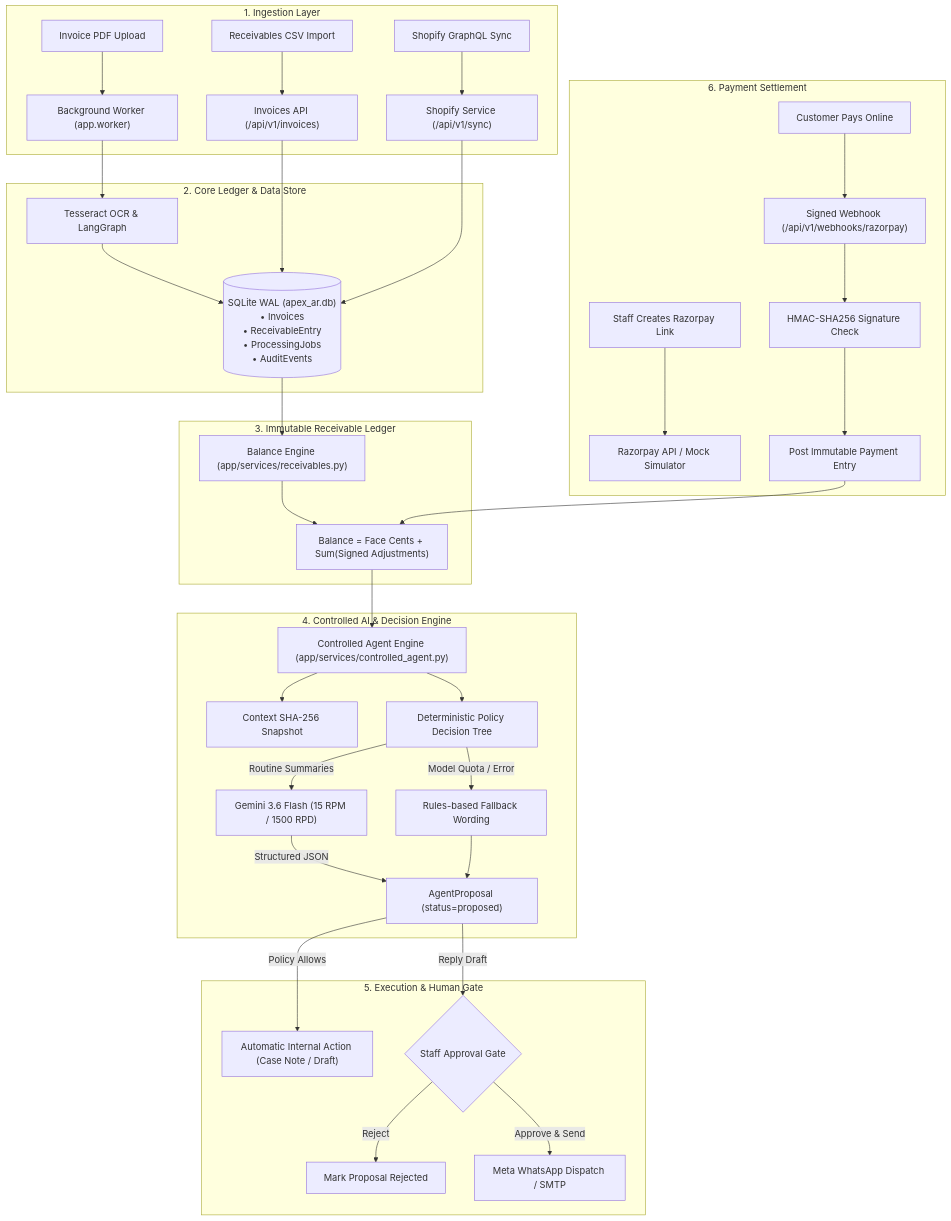
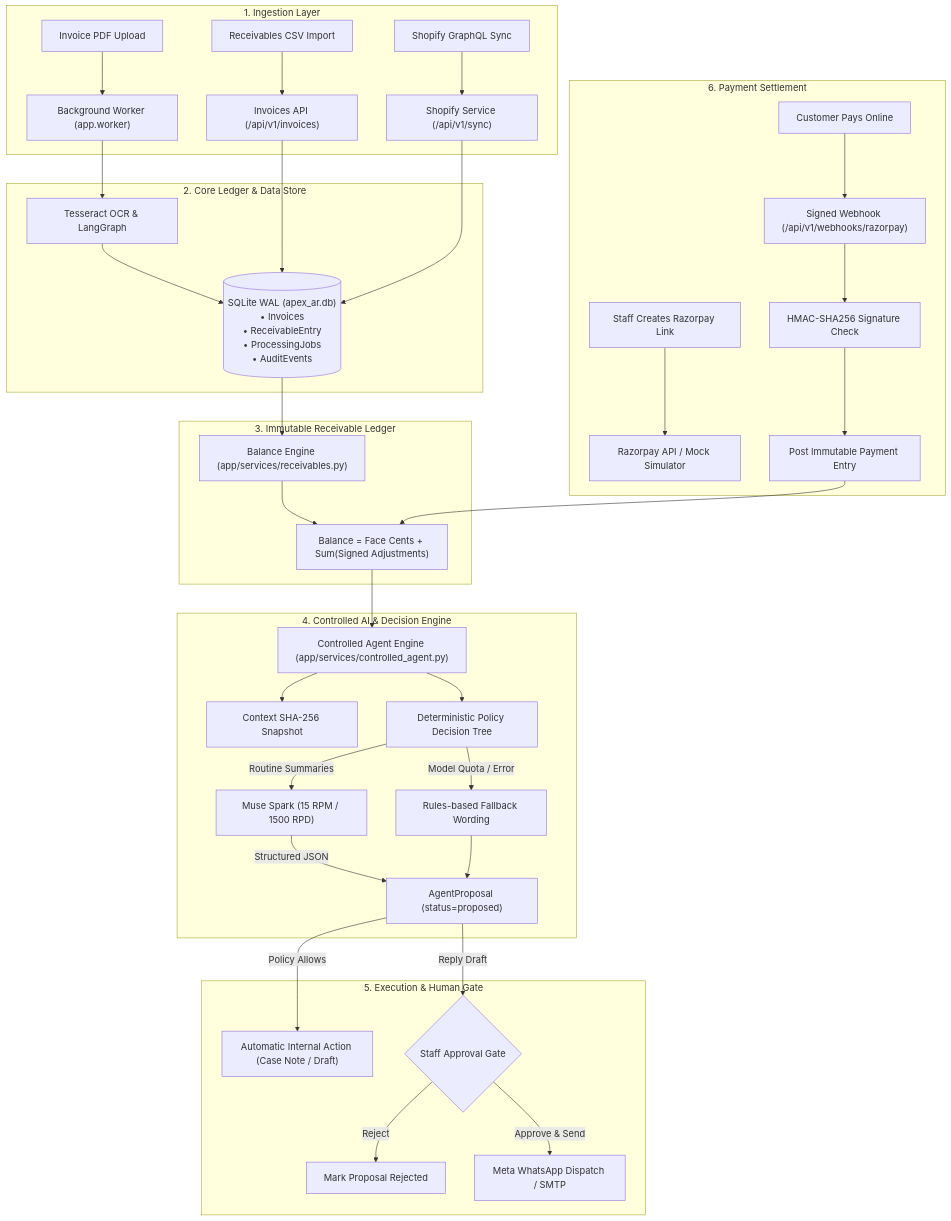
One commit to lakshya14-ds/RecoverFlow-AI changed the first of 2 diagrams in docs/PROJECT_ANALYSIS_AND_SYSTEM_STATE.md. Above: the diagram before and after it, drawn with Mermaid. The commit also changed other lines of this file and 92 other files, not shown here.

````diff
--- a/docs/PROJECT_ANALYSIS_AND_SYSTEM_STATE.md
+++ b/docs/PROJECT_ANALYSIS_AND_SYSTEM_STATE.md
@@ -57,45 +59,45 @@
 ```mermaid
 flowchart TD
     subgraph Ingestion["1. Ingestion Layer"]
         PDF["Invoice PDF Upload"] --> Worker["Background Worker (app.worker)"]
         CSV["Receivables CSV Import"] --> InvoicesAPI["Invoices API (/api/v1/invoices)"]
         ShopifySync["Shopify GraphQL Sync"] --> ShopifySvc["Shopify Service (/api/v1/sync)"]
     end
 
     subgraph CoreEngine["2. Core Ledger & Data Store"]
         Worker --> OCR["Tesseract OCR & LangGraph"]
         OCR --> DB[("SQLite WAL (apex_ar.db)\n• Invoices\n• ReceivableEntry\n• ProcessingJobs\n• AuditEvents")]
         InvoicesAPI --> DB
         ShopifySvc --> DB
     end
 
     subgraph FinancialLedger["3. Immutable Receivable Ledger"]
         DB --> LedgerMath["Balance Engine (app/services/receivables.py)"]
         LedgerMath --> Balance["Balance = Face Cents + Sum(Signed Adjustments)"]
     end
 
     subgraph ControlledAgent["4. Controlled AI & Decision Engine"]
         Balance --> AgentEngine["Controlled Agent Engine (app/services/controlled_agent.py)"]
         AgentEngine --> Hash["Context SHA-256 Snapshot"]
         AgentEngine --> Rules["Deterministic Policy Decision Tree"]
-        Rules -->|Routine Summaries| Gemini["Gemini 3.6 Flash (15 RPM / 1500 RPD)"]
-        Gemini -->|Structured JSON| Proposal["AgentProposal (status=proposed)"]
+        Rules -->|Routine Summaries| Muse["Muse Spark (15 RPM / 1500 RPD)"]
+        Muse -->|Structured JSON| Proposal["AgentProposal (status=proposed)"]
         Rules -->|Model Quota / Error| Fallback["Rules-based Fallback Wording"]
         Fallback --> Proposal
     end
 
     subgraph Execution["5. Execution & Human Gate"]
         Proposal -->|Policy Allows| AutoInternal["Automatic Internal Action (Case Note / Draft)"]
         Proposal -->|Reply Draft| HumanApproval{"Staff Approval Gate"}
         HumanApproval -->|Reject| Rejection["Mark Proposal Rejected"]
         HumanApproval -->|Approve & Send| OutboundMsg["Meta WhatsApp Dispatch / SMTP"]
     end
 
     subgraph PaymentResolution["6. Payment Settlement"]
         StaffLink["Staff Creates Razorpay Link"] --> RazorpayAPI["Razorpay API / Mock Simulator"]
         CustomerPay["Customer Pays Online"] --> Webhook["Signed Webhook (/api/v1/webhooks/razorpay)"]
         Webhook --> VerifyHMAC["HMAC-SHA256 Signature Check"]
         VerifyHMAC --> PostLedger["Post Immutable Payment Entry"]
         PostLedger --> Balance
     end
 ```
````
